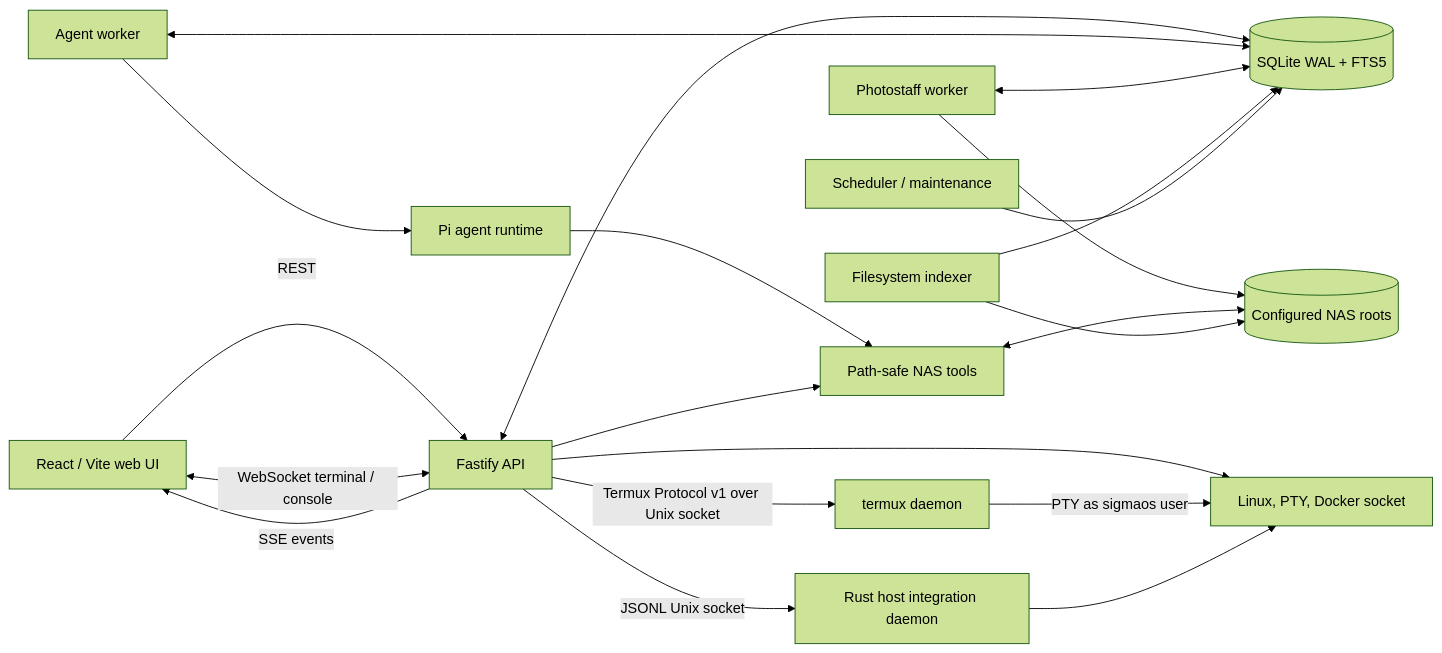
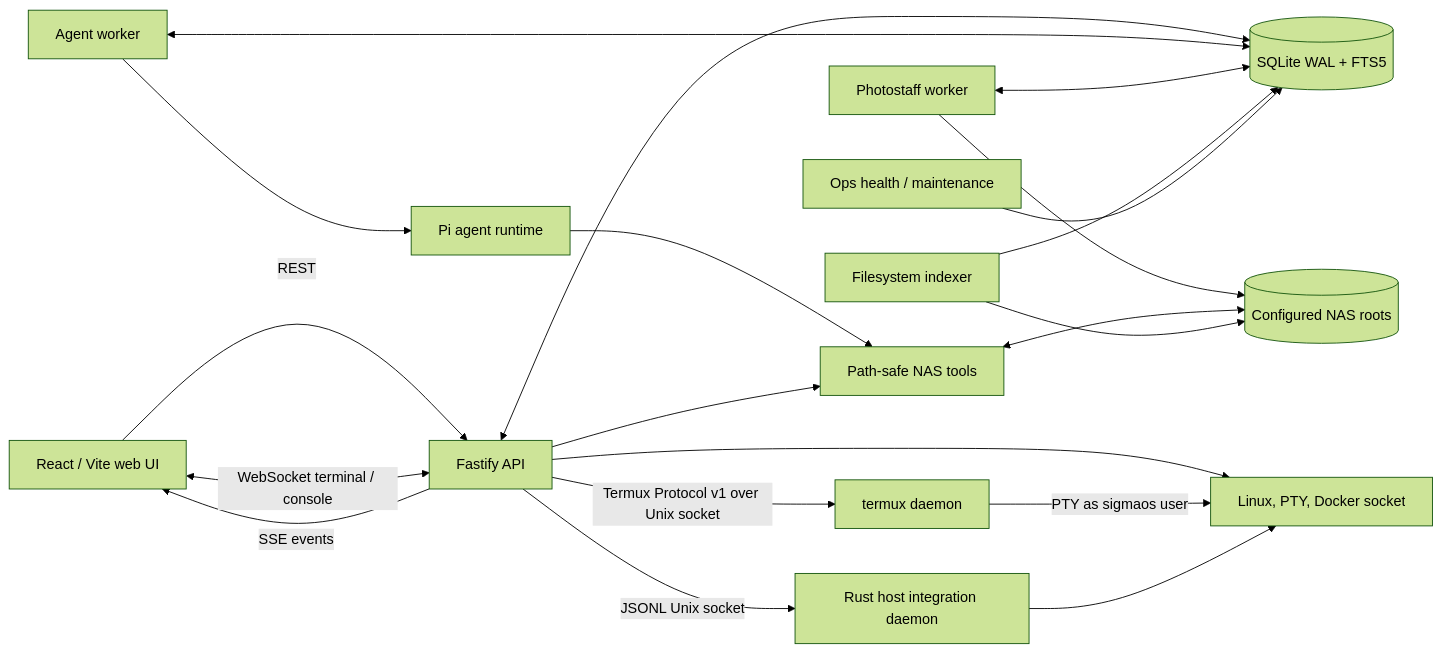
The diagram in README.md (zhubby/CyberOS), drawn with Mermaid (forest theme) before and after one commit. The commit also changed other lines of this file and 111 other files, not shown here.

````diff
--- a/README.md
+++ b/README.md
@@ -76,35 +76,35 @@
 ```mermaid
 flowchart LR
   Browser["React / Vite web UI"]
   API["Fastify API"]
   DB[("SQLite WAL + FTS5")]
   Worker["Agent worker"]
   Photostaff["Photostaff worker"]
   Agent["Pi agent runtime"]
   Indexer["Filesystem indexer"]
-  Scheduler["Scheduler / maintenance"]
+  Ops["Ops health / maintenance"]
   Tools["Path-safe NAS tools"]
   Roots[("Configured NAS roots")]
   Host["Linux, PTY, Docker socket"]
   Hostd["Rust host integration daemon"]
 
   Browser -->|REST| API
   API -->|SSE events| Browser
   Browser <-->|WebSocket terminal / console| API
   API <--> DB
   Worker <--> DB
   Worker --> Agent
   Photostaff <--> DB
   Photostaff --> Roots
   Agent --> Tools
   API --> Tools
   Tools <--> Roots
   Indexer --> Roots
   Indexer --> DB
-  Scheduler --> DB
+  Ops --> DB
   API --> Host
   API -->|Termux Protocol v1 over Unix socket| Termux[termux daemon]
   Termux -->|PTY as sigmaos user| Host
   API -->|JSONL Unix socket| Hostd
   Hostd --> Host
 ```
````
